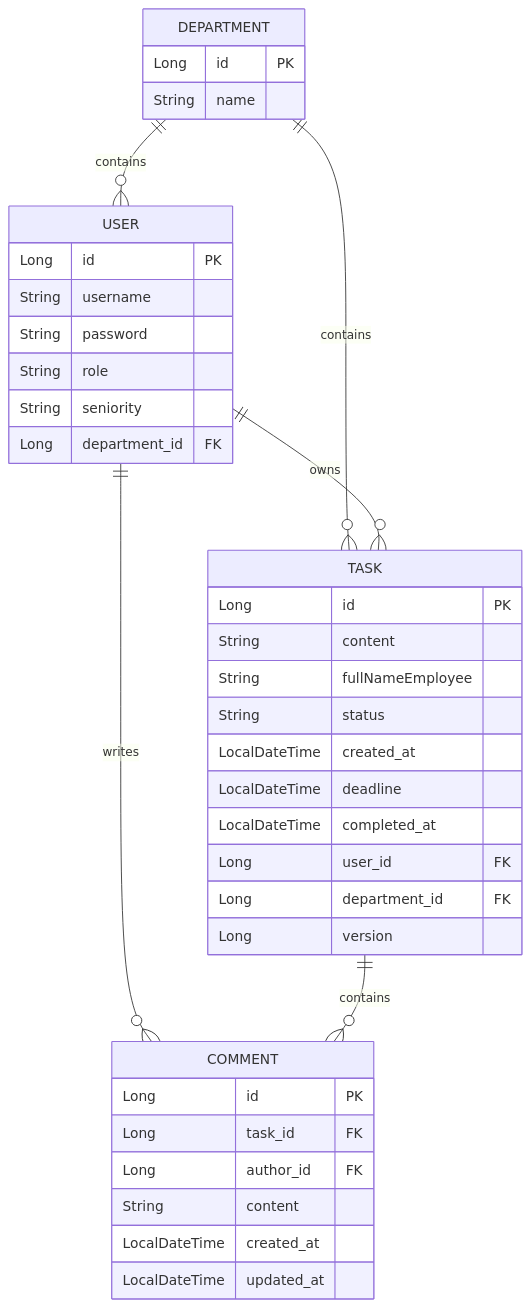
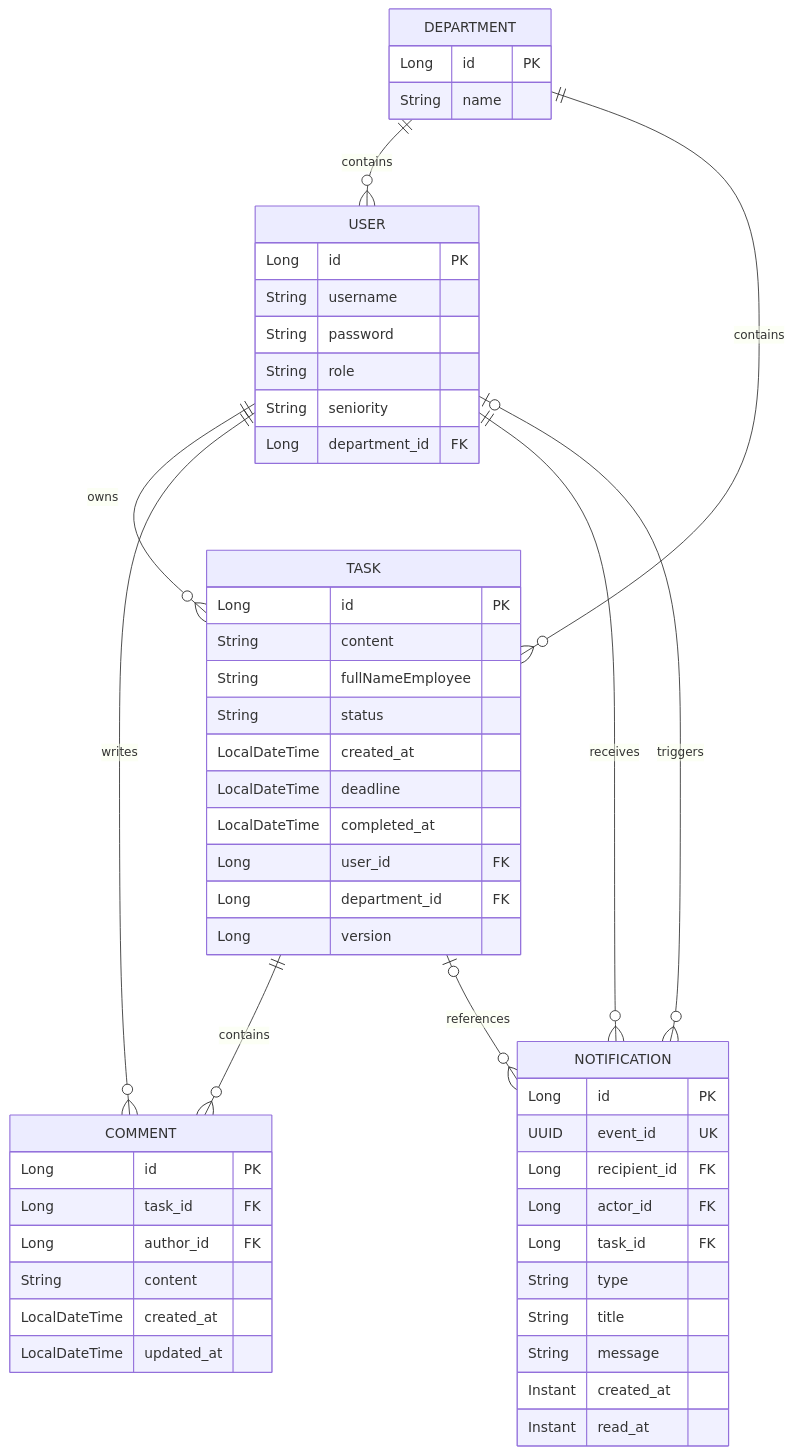
One commit to GeTQuer/MySpringProject changed the diagram in README.md. Above: the diagram before and after it, drawn with Mermaid. The commit also changed other lines of this file and 23 other files, not shown here.

````diff
--- a/README.md
+++ b/README.md
@@ -78,44 +86,60 @@
 ```mermaid
 erDiagram
     DEPARTMENT ||--o{ USER : contains
     DEPARTMENT ||--o{ TASK : contains
     USER ||--o{ TASK : owns
     USER ||--o{ COMMENT : writes
     TASK ||--o{ COMMENT : contains
+    USER ||--o{ NOTIFICATION : receives
+    USER o|--o{ NOTIFICATION : triggers
+    TASK o|--o{ NOTIFICATION : references
 
     DEPARTMENT {
         Long id PK
         String name
     }
 
     USER {
         Long id PK
         String username
         String password
         String role
         String seniority
         Long department_id FK
     }
 
     TASK {
         Long id PK
         String content
         String fullNameEmployee
         String status
         LocalDateTime created_at
         LocalDateTime deadline
         LocalDateTime completed_at
         Long user_id FK
         Long department_id FK
         Long version
     }
 
     COMMENT {
         Long id PK
         Long task_id FK
         Long author_id FK
         String content
         LocalDateTime created_at
         LocalDateTime updated_at
     }
+
+    NOTIFICATION {
+        Long id PK
+        UUID event_id UK
+        Long recipient_id FK
+        Long actor_id FK
+        Long task_id FK
+        String type
+        String title
+        String message
+        Instant created_at
+        Instant read_at
+    }
 ```
````
